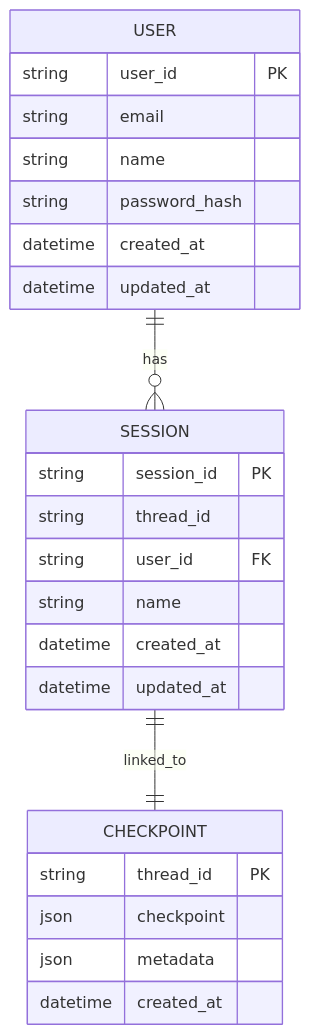
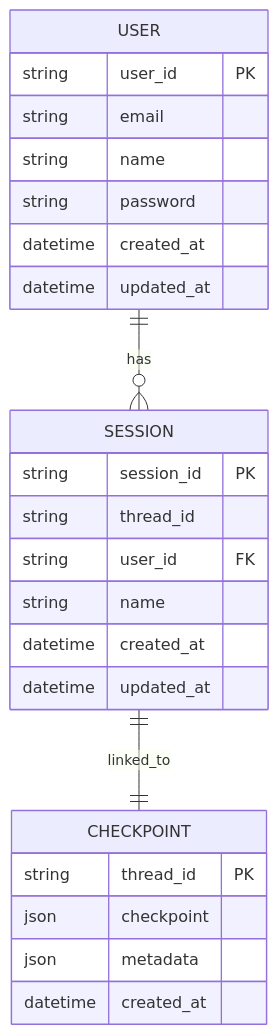
The ninth of 12 diagrams in modules/web/docs/FLOW.md (vinnedev/llm-service-boilerplate), drawn with Mermaid before and after one commit. The commit also changed other lines of this file and 1 other file, not shown here.

````diff
--- a/modules/web/docs/FLOW.md
+++ b/modules/web/docs/FLOW.md
@@ -198,30 +198,30 @@
 ```mermaid
 erDiagram
     SESSION {
         string session_id PK
         string thread_id
         string user_id FK
         string name
         datetime created_at
         datetime updated_at
     }
     
     USER {
         string user_id PK
         string email
         string name
-        string password_hash
+        string password
         datetime created_at
         datetime updated_at
     }
     
     CHECKPOINT {
         string thread_id PK
         json checkpoint
         json metadata
         datetime created_at
     }
     
     USER ||--o{ SESSION : has
     SESSION ||--|| CHECKPOINT : linked_to
 ```
````
